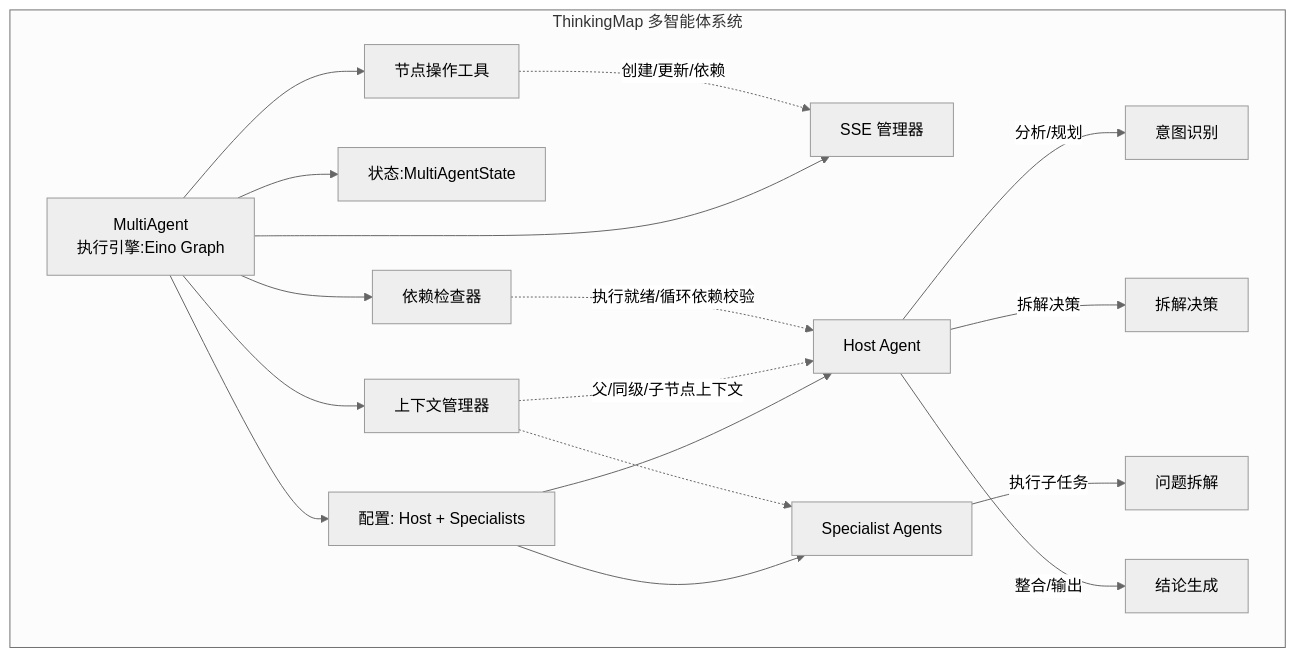
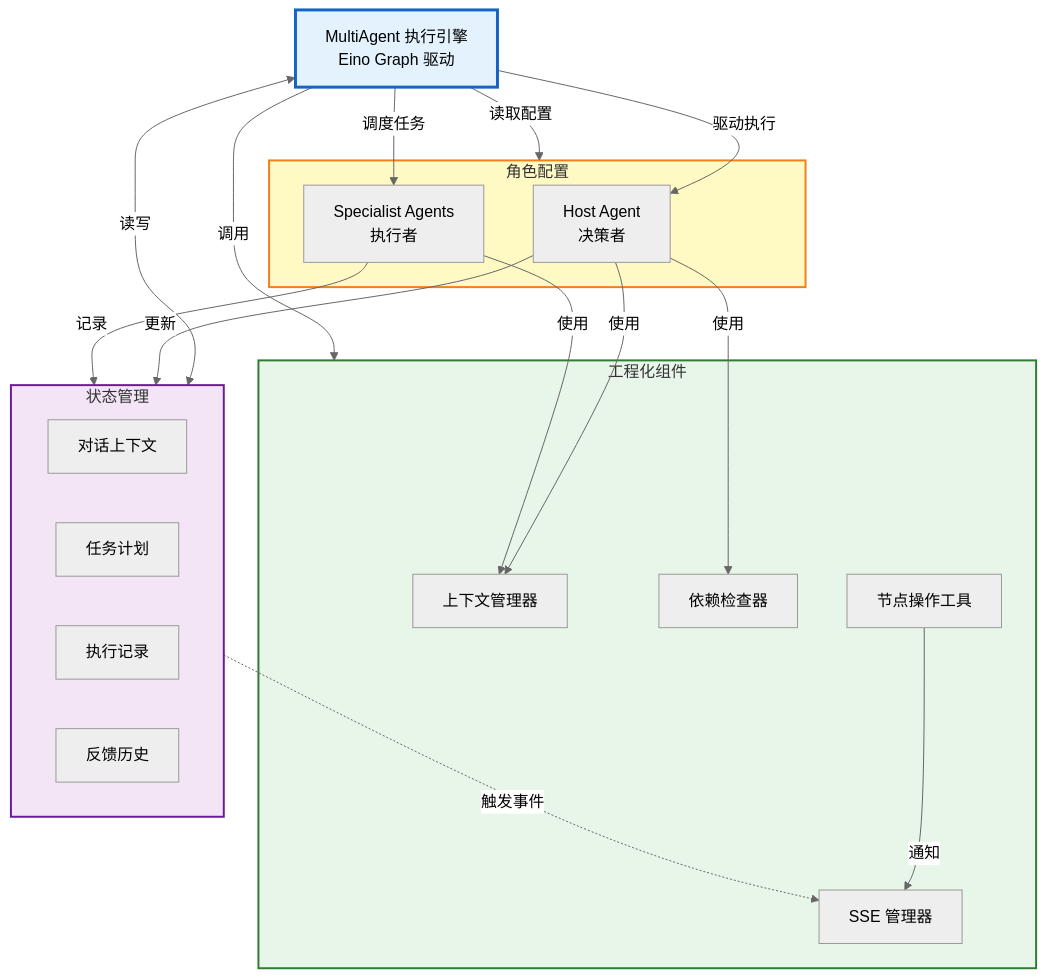
One commit to PGshen/thinking-map changed the first of 3 diagrams in docs/blog/03-eino-and-multiagent.md. Above: the diagram before and after it, drawn with Mermaid (neutral theme). The commit also changed other lines of this file and 1 other file, not shown here.

Commit message:
docs(blog): enhance Eino multi-agent architecture article with detailed component design and execution flow

````diff
--- a/docs/blog/03-eino-and-multiagent.md
+++ b/docs/blog/03-eino-and-multiagent.md
@@ -25,24 +81,44 @@
 ```mermaid
 graph TB
-  subgraph "ThinkingMap 多智能体系统"
-    MA[MultiAgent\n执行引擎:Eino Graph] --> MAC[配置: Host + Specialists]
-    MA --> MAS[状态:MultiAgentState]
-    MA --> CM[上下文管理器]
-    MA --> DC[依赖检查器]
-    MA --> NT[节点操作工具]
-    MA --> SSE[SSE 管理器]
-
-    MAC --> HOST[Host Agent]
-    MAC --> SPEC[Specialist Agents]
-
-    HOST -->|分析/规划| IA[意图识别]
-    HOST -->|拆解决策| DD[拆解决策]
-    SPEC -->|执行子任务| PD[问题拆解]
-    HOST -->|整合/输出| CG[结论生成]
-  end
-
-  CM -.-> |父/同级/子节点上下文| HOST
-  CM -.-> SPEC
-  DC -.-> |执行就绪/循环依赖校验| HOST
-  NT -.-> |创建/更新/依赖| SSE
+    MA[MultiAgent 执行引擎<br/>Eino Graph 驱动]
+    
+    subgraph CONFIG["角色配置"]
+        HOST[Host Agent<br/>决策者]
+        SPEC[Specialist Agents<br/>执行者]
+    end
+    
+    subgraph STATE["状态管理"]
+        CTX[对话上下文]
+        PLAN[任务计划]
+        RECORD[执行记录]
+        FEEDBACK[反馈历史]
+    end
+    
+    subgraph TOOLS["工程化组件"]
+        CM[上下文管理器]
+        DC[依赖检查器]
+        NO[节点操作工具]
+        SSE[SSE 管理器]
+    end
+    
+    MA -->|读取配置| CONFIG
+    MA -->|驱动执行| HOST
+    MA -->|调度任务| SPEC
+    
+    MA <-->|读写| STATE
+    HOST -->|更新| STATE
+    SPEC -->|记录| STATE
+    
+    MA -->|调用| TOOLS
+    HOST -->|使用| CM
+    HOST -->|使用| DC
+    SPEC -->|使用| CM
+    
+    NO -->|通知| SSE
+    STATE -.->|触发事件| SSE
+    
+    style MA fill:#e3f2fd,stroke:#1565c0,stroke-width:3px
+    style CONFIG fill:#fff9c4,stroke:#f57f17,stroke-width:2px
+    style STATE fill:#f3e5f5,stroke:#6a1b9a,stroke-width:2px
+    style TOOLS fill:#e8f5e9,stroke:#2e7d32,stroke-width:2px
 ```
````
